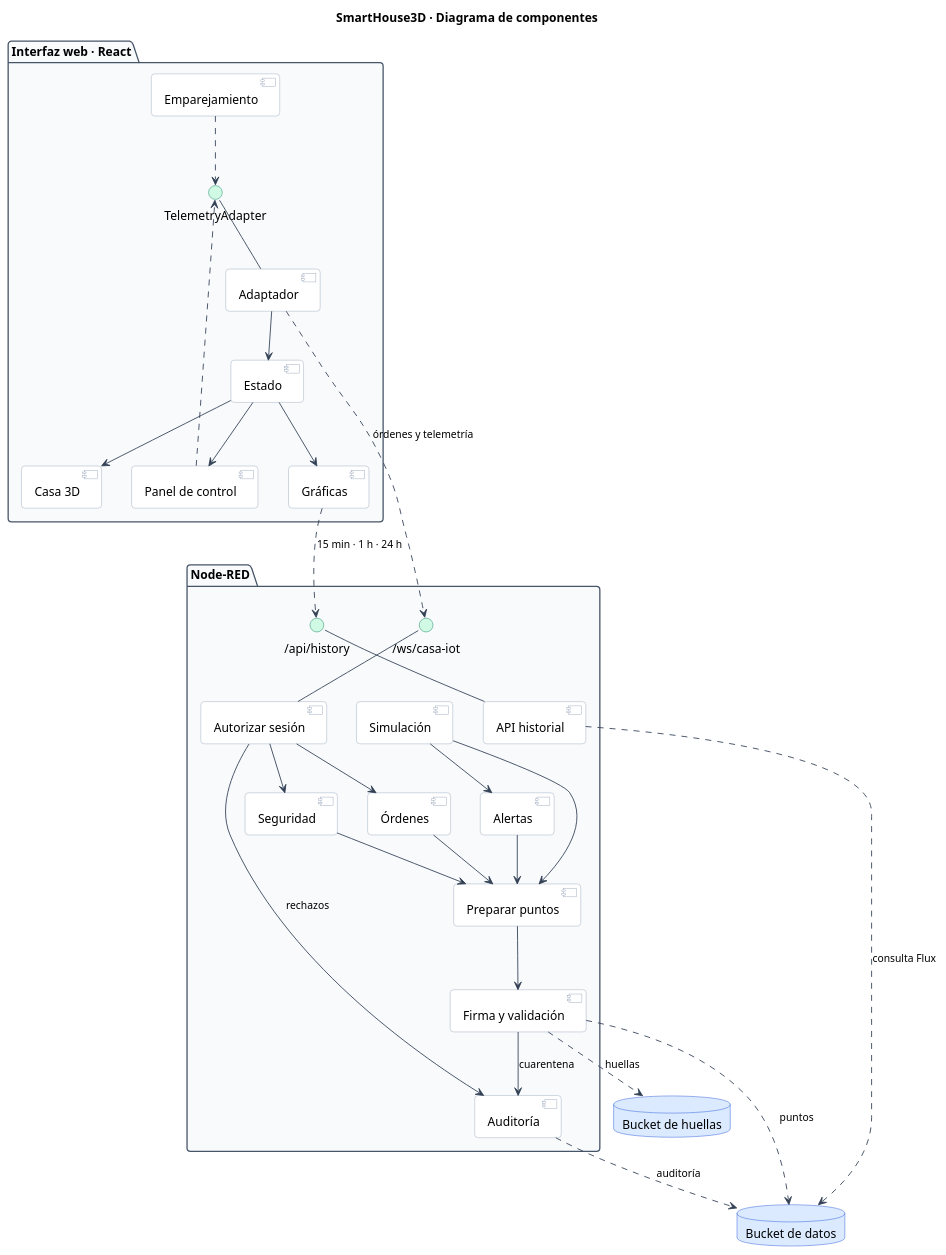
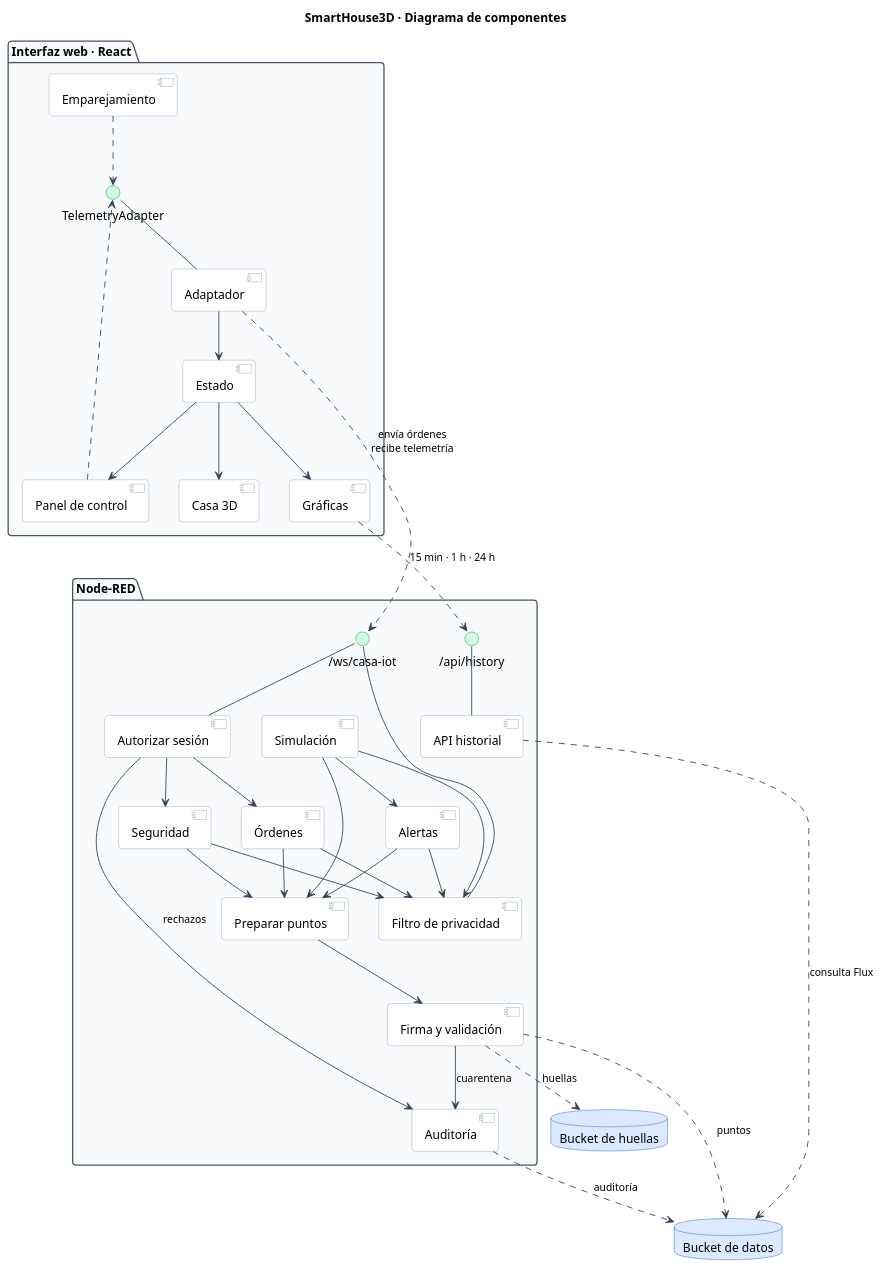
Before and after one commit to WilderG2004/SmartHouse3D: the diagram in docs/diagramas/componentes.puml, drawn with PlantUML. The commit also changed 1 other file, not shown here.

```diff
--- a/docs/diagramas/componentes.puml
+++ b/docs/diagramas/componentes.puml
@@ -1,86 +1,92 @@
 @startuml componentes
 title SmartHouse3D · Diagrama de componentes
 
 skinparam backgroundColor White
 skinparam shadowing false
 skinparam defaultFontName Helvetica
 skinparam defaultFontSize 14
 skinparam roundcorner 8
 skinparam componentStyle uml2
 skinparam ArrowColor #334155
 skinparam ArrowFontSize 12
 skinparam nodesep 35
 skinparam ranksep 55
 skinparam package {
   BackgroundColor #F8FAFC
   BorderColor #475569
 }
 skinparam component {
   BackgroundColor #FFFFFF
   BorderColor #94A3B8
 }
 skinparam interface {
   BackgroundColor #D1FAE5
   BorderColor #047857
 }
 skinparam database {
   BackgroundColor #DBEAFE
   BorderColor #1D4ED8
 }
 
 package "Interfaz web · React" {
   component "Panel de control" as panel
   component "Gráficas" as graficas
   component "Casa 3D" as casa
   component "Emparejamiento" as empareja
   component "Estado" as estado
   component "Adaptador" as adaptador
   interface "TelemetryAdapter" as ITel
 
   adaptador -up- ITel
   panel ..> ITel
   empareja ..> ITel
   adaptador --> estado
   estado --> panel
   estado --> graficas
   estado --> casa
 }
 
 package "Node-RED" {
   component "Autorizar sesión" as auth
   component "Órdenes" as ordenes
   component "Seguridad" as seg
   component "Simulación" as simul
   component "Alertas" as alertas
+  component "Filtro de privacidad" as filtro
   component "Preparar puntos" as prepara
   component "Firma y validación" as valida
   component "Auditoría" as audit
   component "API historial" as api
   interface "/ws/casa-iot" as IWs
   interface "/api/history" as IHist
 
   auth -up- IWs
+  filtro -up- IWs
   api -up- IHist
   auth --> ordenes
   auth --> seg
   auth --> audit : "rechazos"
   simul --> alertas
+  ordenes --> filtro
+  seg --> filtro
+  simul --> filtro
+  alertas --> filtro
   ordenes --> prepara
   seg --> prepara
   simul --> prepara
   alertas --> prepara
   prepara --> valida
   valida --> audit : "cuarentena"
 }
 
 database "Bucket de datos" as bdatos
 database "Bucket de huellas" as bhuellas
 
-adaptador ..> IWs : "órdenes y telemetría"
+adaptador ..> IWs : "envía órdenes\nrecibe telemetría"
 graficas ..> IHist : "15 min · 1 h · 24 h"
 valida ..> bdatos : "puntos"
 valida ..> bhuellas : "huellas"
 audit ..> bdatos : "auditoría"
 api ..> bdatos : "consulta Flux"
 
 @enduml
```
